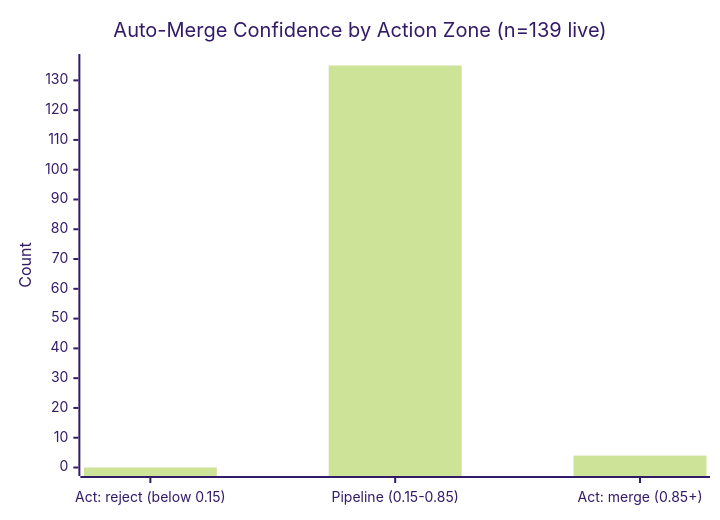
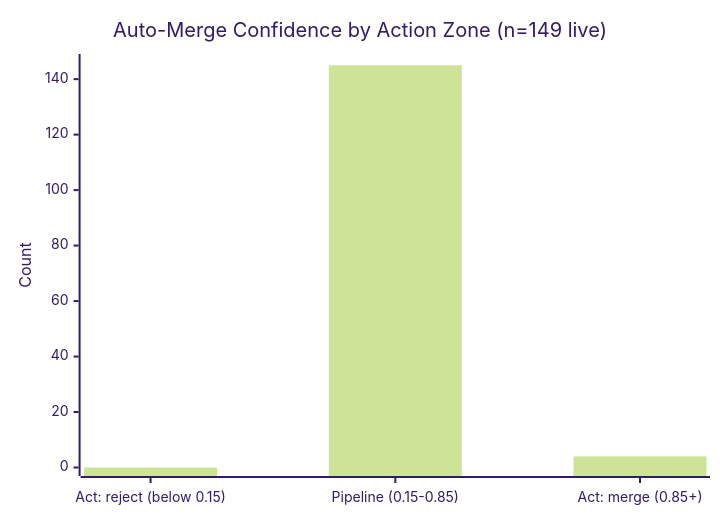
The second of 4 diagrams in JEV.md (Sanctum-Origo-Systems/patina), drawn with Mermaid (forest theme) before and after one commit. The commit also changed other lines of this file, not shown here.

````diff
--- a/JEV.md
+++ b/JEV.md
@@ -17,7 +17,7 @@
 ```mermaid
 xychart-beta
-    title "Auto-Merge Confidence by Action Zone (n=139 live)"
+    title "Auto-Merge Confidence by Action Zone (n=149 live)"
     x-axis ["Act: reject (below 0.15)", "Pipeline (0.15-0.85)", "Act: merge (0.85+)"]
-    y-axis "Count" 0 --> 136
-    bar [0, 135, 4]
+    y-axis "Count" 0 --> 146
+    bar [0, 145, 4]
 ```
````
